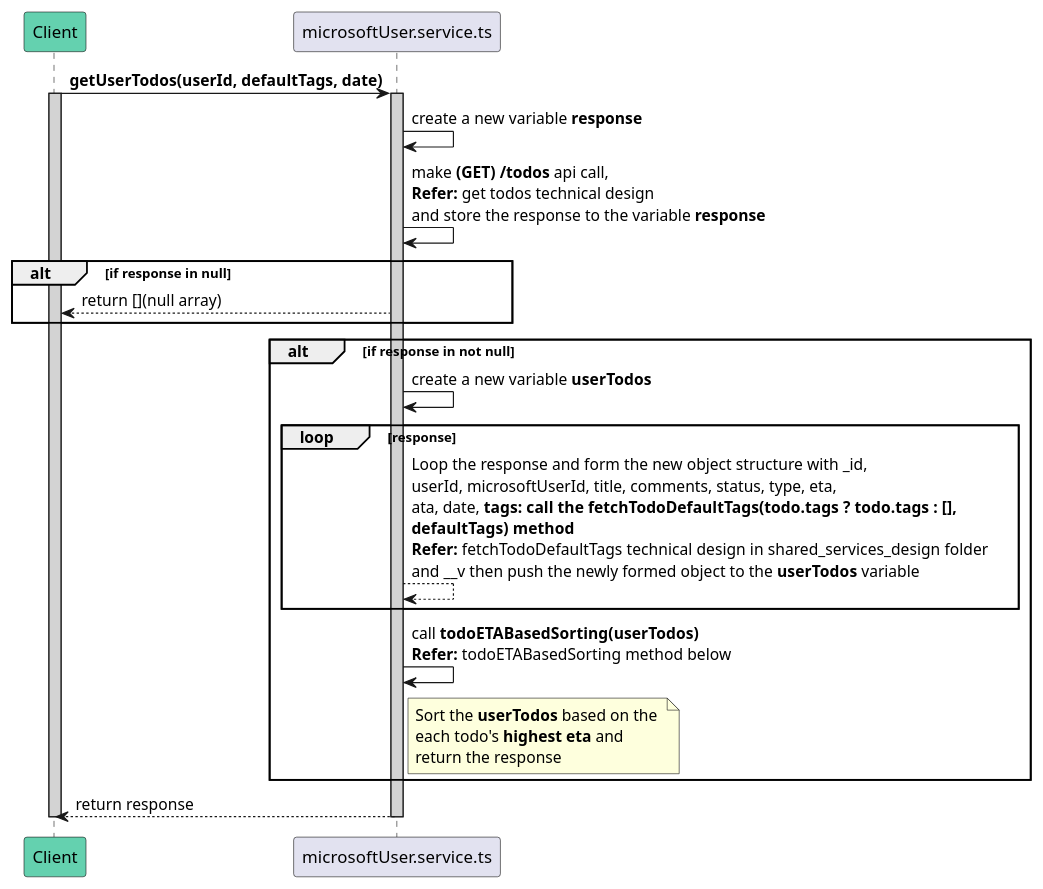
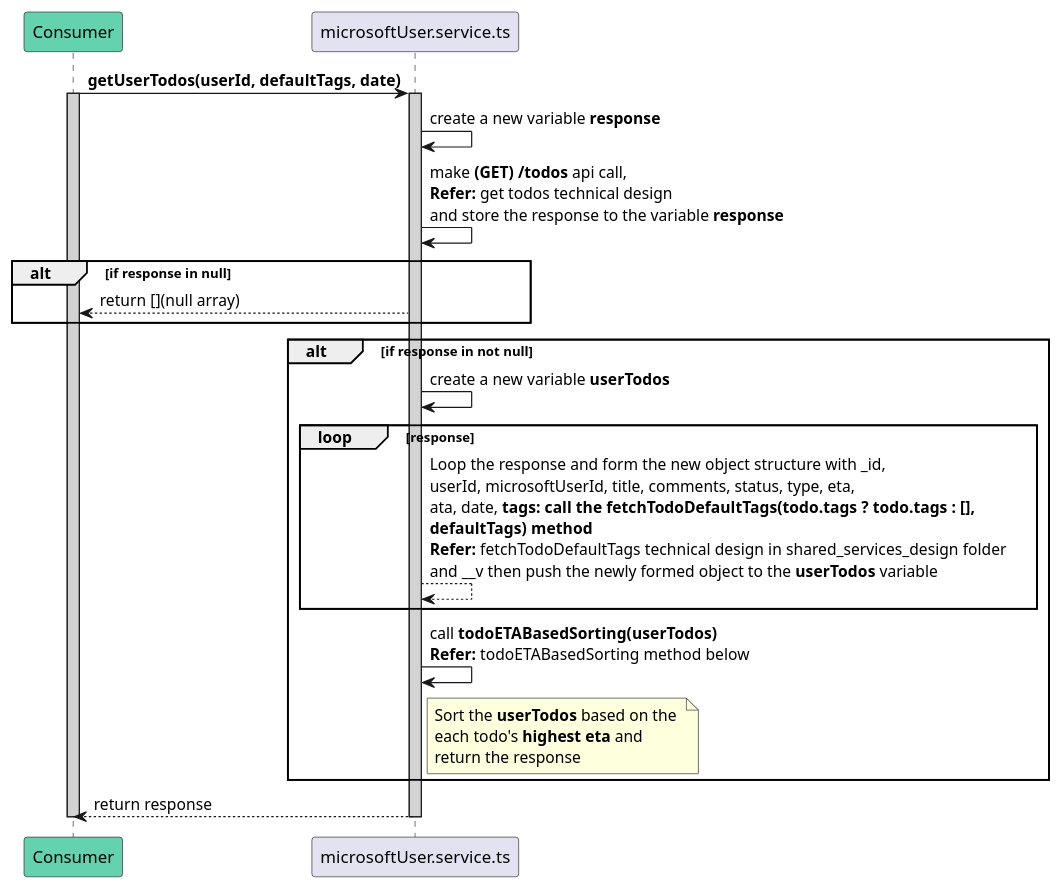
The diagram in backend/services_design/user_service/sequence_diagram/graph_reportings/get_user_todos.sequence.puml (avasoft-mobility/workday-design), drawn with PlantUML before and after one commit. The commit also changed 25 other files, not shown here.

Commit message:
Add consumer instead of Client

```diff
--- a/backend/services_design/user_service/sequence_diagram/graph_reportings/get_user_todos.sequence.puml
+++ b/backend/services_design/user_service/sequence_diagram/graph_reportings/get_user_todos.sequence.puml
@@ -1,28 +1,28 @@
 @startuml getUserTodos
-participant Client #64D1AF
+participant Consumer #64D1AF
 participant microsoftUser.service.ts
 
-Client -> microsoftUser.service.ts : **getUserTodos(userId, defaultTags, date)**
-activate Client #D3D3D3
+Consumer -> microsoftUser.service.ts : **getUserTodos(userId, defaultTags, date)**
+activate Consumer #D3D3D3
 activate microsoftUser.service.ts #D3D3D3
 
 microsoftUser.service.ts -> microsoftUser.service.ts : create a new variable **response**
 microsoftUser.service.ts -> microsoftUser.service.ts : make **(GET)** **/todos** api call, \n**Refer:** get todos technical design \nand store the response to the variable **response**
 
     alt if response in null
-        microsoftUser.service.ts --> Client : return [](null array)
+        microsoftUser.service.ts --> Consumer : return [](null array)
     end
     
     alt if response in not null
         microsoftUser.service.ts -> microsoftUser.service.ts : create a new variable **userTodos**
         loop response
             microsoftUser.service.ts --> microsoftUser.service.ts : Loop the response and form the new object structure with _id, \nuserId, microsoftUserId, title, comments, status, type, eta, \nata, date, **tags: call the fetchTodoDefaultTags(todo.tags ? todo.tags : [],** \n**defaultTags) method** \n**Refer:** fetchTodoDefaultTags technical design in shared_services_design folder \nand __v then push the newly formed object to the **userTodos** variable
         end
 
         microsoftUser.service.ts -> microsoftUser.service.ts: call **todoETABasedSorting(userTodos)** \n**Refer:** todoETABasedSorting method below
         note right of microsoftUser.service.ts: Sort the **userTodos** based on the \neach todo's **highest eta** and \nreturn the response
     end
-Client <-- microsoftUser.service.ts : return response
+Consumer <-- microsoftUser.service.ts : return response
 deactivate microsoftUser.service.ts
-deactivate Client
+deactivate Consumer
 @enduml
```
